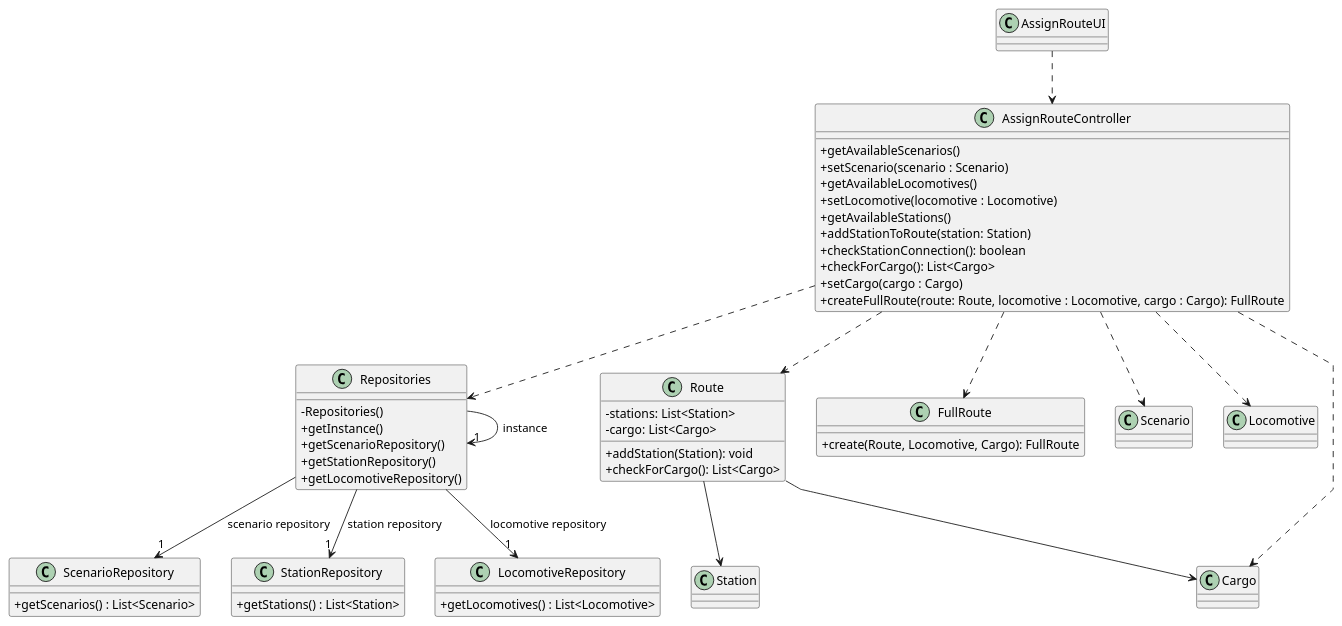
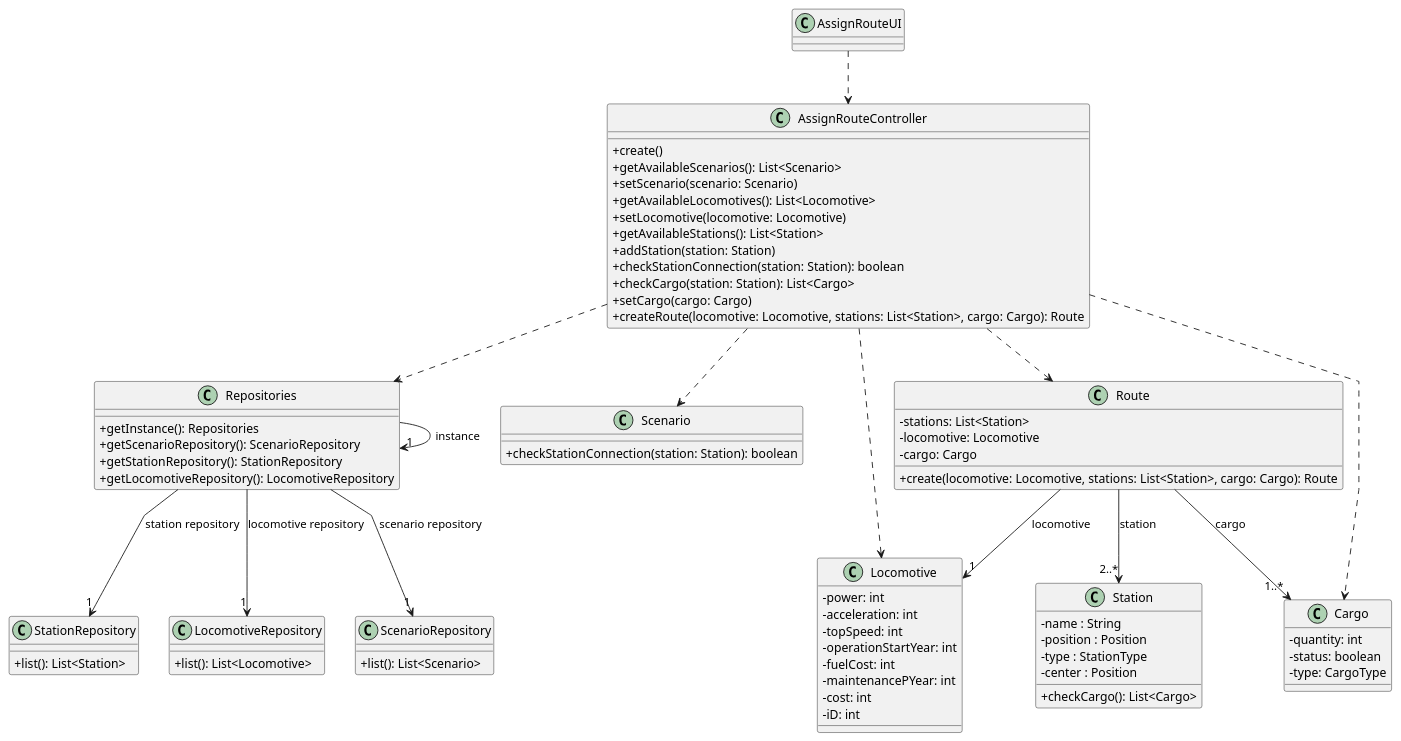
One commit to 1240935/pi2-railway-simulator changed the diagram in Sprint2/US010/03.design/puml/US010-CD.puml. Above: the diagram before and after it, drawn with PlantUML. The commit also changed 12 other files, not shown here.

```diff
--- a/Sprint2/US010/03.design/puml/US010-CD.puml
+++ b/Sprint2/US010/03.design/puml/US010-CD.puml
@@ -1,78 +1,101 @@
 @startuml
 'skinparam monochrome true
 skinparam packageStyle rectangle
 skinparam shadowing false
 skinparam linetype polyline
 'skinparam linetype orto
 
 skinparam classAttributeIconSize 0
 
 'left to right direction
 
 class AssignRouteUI {
 
 }
 
 class AssignRouteController {
-    + getAvailableScenarios()
-    + setScenario(scenario : Scenario)
-    + getAvailableLocomotives()
-    + setLocomotive(locomotive : Locomotive)
-    + getAvailableStations()
-    + addStationToRoute(station: Station)
-    + checkStationConnection(): boolean
-    + checkForCargo(): List<Cargo>
-    + setCargo(cargo : Cargo)
-    + createFullRoute(route: Route, locomotive : Locomotive, cargo : Cargo): FullRoute
+    +create()
+      +getAvailableScenarios(): List<Scenario>
+      +setScenario(scenario: Scenario)
+      +getAvailableLocomotives(): List<Locomotive>
+      +setLocomotive(locomotive: Locomotive)
+      +getAvailableStations(): List<Station>
+      +addStation(station: Station)
+      +checkStationConnection(station: Station): boolean
+      +checkCargo(station: Station): List<Cargo>
+      +setCargo(cargo: Cargo)
+      +createRoute(locomotive: Locomotive, stations: List<Station>, cargo: Cargo): Route
 }
 
 class Repositories {
-   - Repositories()
-       + getInstance()
-       + getScenarioRepository()
-       + getStationRepository()
-       + getLocomotiveRepository()
+  +getInstance(): Repositories
+  +getScenarioRepository(): ScenarioRepository
+  +getStationRepository(): StationRepository
+  +getLocomotiveRepository(): LocomotiveRepository
 }
 
 class ScenarioRepository {
-   + getScenarios() : List<Scenario>
+  +list(): List<Scenario>
 }
 
 class StationRepository {
-     + getStations() : List<Station>
+  +list(): List<Station>
 }
 
 class LocomotiveRepository {
-    + getLocomotives() : List<Locomotive>
+  +list(): List<Locomotive>
+}
+
+class Scenario {
+  +checkStationConnection(station: Station): boolean
+}
+
+class Station {
+  -name : String
+  -position : Position
+  -type : StationType
+  -center : Position
+  +checkCargo(): List<Cargo>
 }
 
 class Route {
-    - stations: List<Station>
-    - cargo: List<Cargo>
-    + addStation(Station): void
-    + checkForCargo(): List<Cargo>
+  +create(locomotive: Locomotive, stations: List<Station>, cargo: Cargo): Route
+  -stations: List<Station>
+  -locomotive: Locomotive
+  -cargo: Cargo
 }
 
-class FullRoute {
-    + create(Route, Locomotive, Cargo): FullRoute
+class Locomotive {
+  -power: int
+  -acceleration: int
+  -topSpeed: int
+  -operationStartYear: int
+  -fuelCost: int
+  -maintenancePYear: int
+  -cost: int
+  -iD: int
+}
+
+class Cargo {
+  -quantity: int
+  -status: boolean
+  -type: CargoType
 }
 
 
-' Relationships
 AssignRouteUI ..> AssignRouteController
 AssignRouteController ..> Repositories
 Repositories -> "1" Repositories : instance
 Repositories --> "1" ScenarioRepository : scenario repository
 Repositories --> "1" StationRepository : station repository
 Repositories --> "1" LocomotiveRepository : locomotive repository
 
 AssignRouteController ..> Route
-AssignRouteController ..> FullRoute
 AssignRouteController ..> Scenario
 AssignRouteController ..> Locomotive
 AssignRouteController ..> Cargo
 
-Route --> Station
-Route --> Cargo
-
+Route --> "1" Locomotive : locomotive
+Route --> "2..*" Station : station
+Route --> "1..*" Cargo : cargo
 @enduml
```
